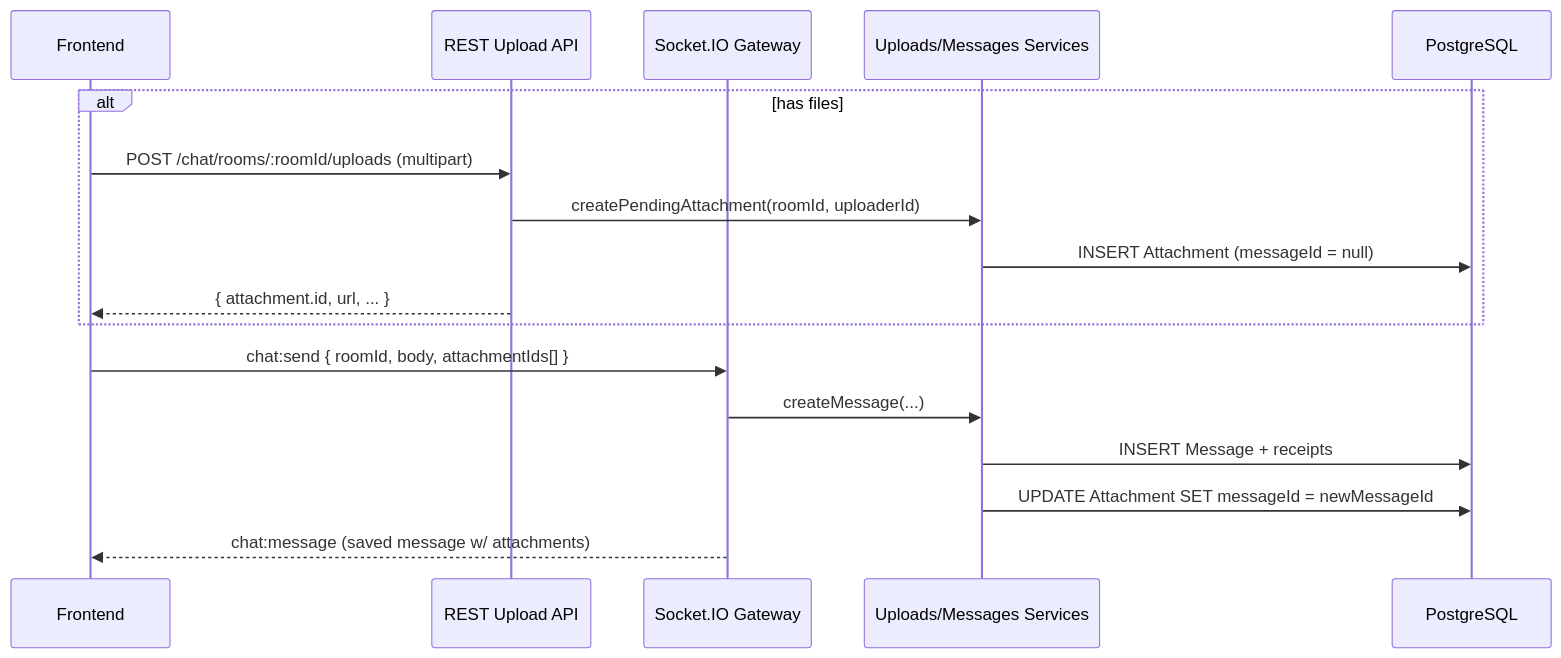
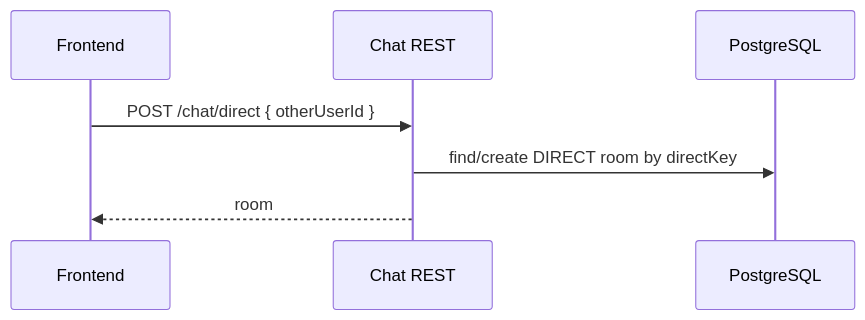
Before and after one commit to mikias1219/backend-chat: the fourth of 5 diagrams in README.md, drawn with Mermaid. The commit also changed other lines of this file and 11 other files, not shown here.

First line of the commit message:
feat: separate channel and direct chat APIs

````diff
--- a/README.md
+++ b/README.md
@@ -244,21 +148,10 @@
 ```mermaid
 sequenceDiagram
   participant FE as Frontend
-  participant API as REST Upload API
-  participant WS as Socket.IO Gateway
-  participant SVC as Uploads/Messages Services
+  participant API as Chat REST
   participant DB as PostgreSQL
 
-  alt has files
-    FE->>API: POST /chat/rooms/:roomId/uploads (multipart)
-    API->>SVC: createPendingAttachment(roomId, uploaderId)
-    SVC->>DB: INSERT Attachment (messageId = null)
-    API-->>FE: { attachment.id, url, ... }
-  end
-
-  FE->>WS: chat:send { roomId, body, attachmentIds[] }
-  WS->>SVC: createMessage(...)
-  SVC->>DB: INSERT Message + receipts
-  SVC->>DB: UPDATE Attachment SET messageId = newMessageId
-  WS-->>FE: chat:message (saved message w/ attachments)
+  FE->>API: POST /chat/direct { otherUserId }
+  API->>DB: find/create DIRECT room by directKey
+  API-->>FE: room
 ```
````
